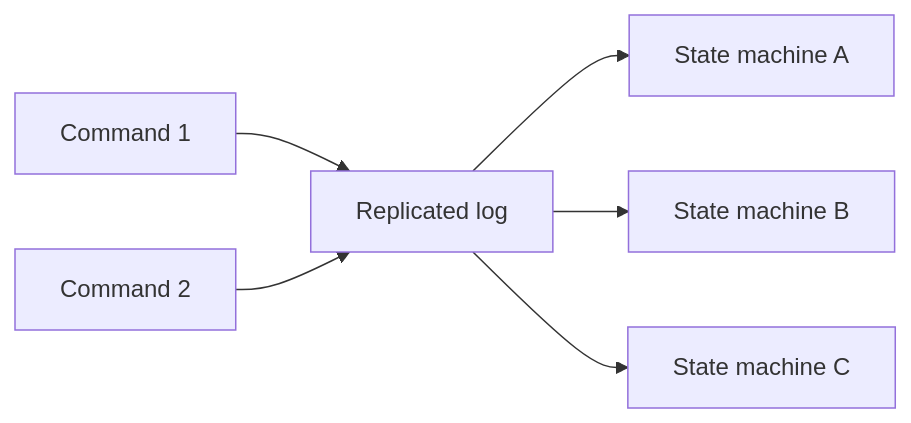
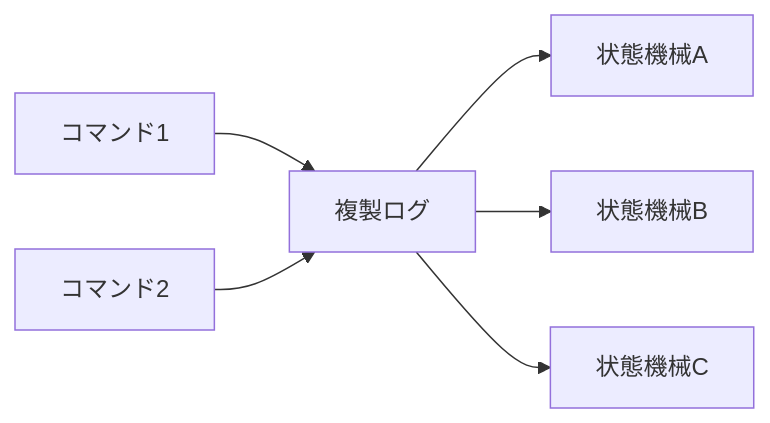
Before and after one commit to hirunebot/database-systems-book: the first of 6 diagrams in src/content/docs/05-distributed-db/14-consensus-raft.md, drawn with Mermaid. The commit also changed other lines of this file and 42 other files, not shown here.

````diff
--- a/src/content/docs/05-distributed-db/14-consensus-raft.md
+++ b/src/content/docs/05-distributed-db/14-consensus-raft.md
@@ -46,8 +46,8 @@
 ```mermaid
 flowchart LR
-    C1["Command 1"] --> Log["Replicated log"]
-    C2["Command 2"] --> Log
-    Log --> N1["State machine A"]
-    Log --> N2["State machine B"]
-    Log --> N3["State machine C"]
+    C1["コマンド1"] --> Log["複製ログ"]
+    C2["コマンド2"] --> Log
+    Log --> N1["状態機械A"]
+    Log --> N2["状態機械B"]
+    Log --> N3["状態機械C"]
 ```
````
